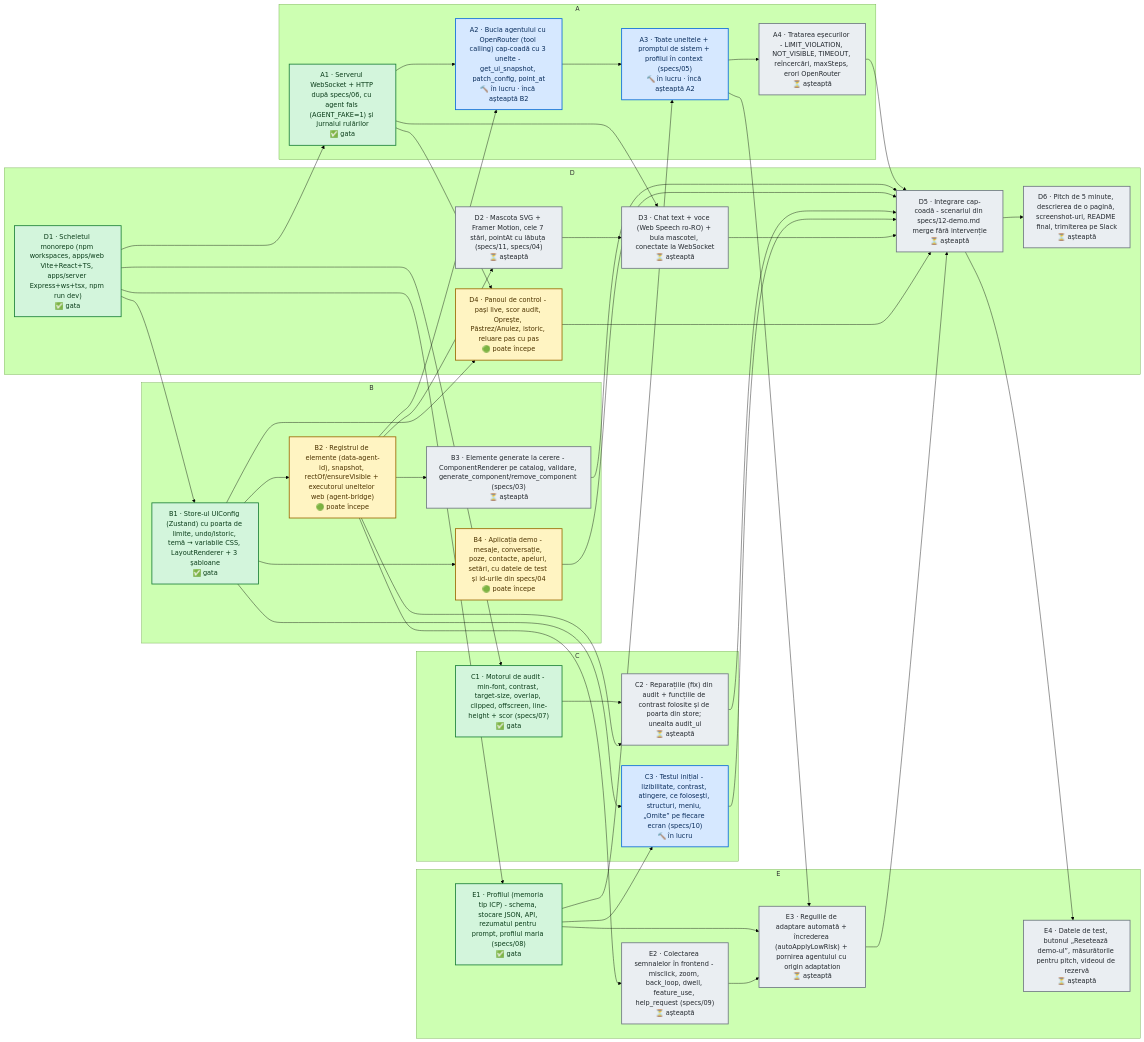
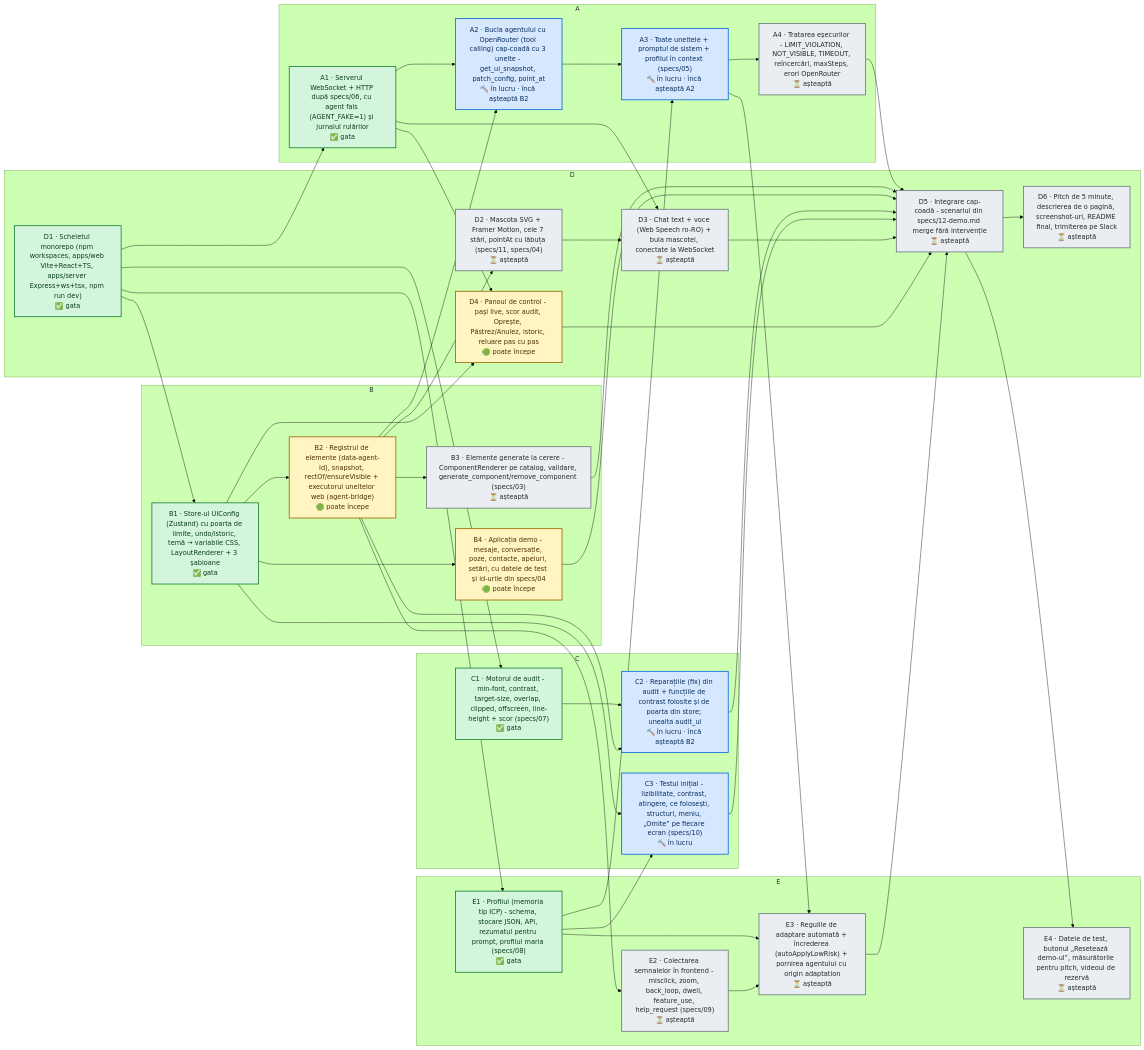
One commit to 06cezar/UiShapeshifter changed the diagram in DAG.md. Above: the diagram before and after it, drawn with Mermaid (forest theme). The commit also changed other lines of this file and 1 other file, not shown here.

Commit message:
dag: update [skip ci]

````diff
--- a/DAG.md
+++ b/DAG.md
@@ -8,78 +8,78 @@
 ```mermaid
 flowchart LR
   subgraph t_owner_A["A"]
     t_A1["A1 · Serverul WebSocket + HTTP după specs/06, cu agent fals (AGENT_FAKE=1) și jurnalul rulărilor<br/>✅ gata"]
     t_A2["A2 · Bucla agentului cu OpenRouter (tool calling) cap-coadă cu 3 unelte - get_ui_snapshot, patch_config, point_at<br/>🔨 în lucru · încă așteaptă B2"]
     t_A3["A3 · Toate uneltele + promptul de sistem + profilul în context (specs/05)<br/>🔨 în lucru · încă așteaptă A2"]
     t_A4["A4 · Tratarea eșecurilor - LIMIT_VIOLATION, NOT_VISIBLE, TIMEOUT, reîncercări, maxSteps, erori OpenRouter<br/>⏳ așteaptă"]
   end
   subgraph t_owner_B["B"]
     t_B1["B1 · Store-ul UIConfig (Zustand) cu poarta de limite, undo/istoric, temă → variabile CSS, LayoutRenderer + 3 șabloane<br/>✅ gata"]
     t_B2["B2 · Registrul de elemente (data-agent-id), snapshot, rectOf/ensureVisible + executorul uneltelor web (agent-bridge)<br/>🟢 poate începe"]
     t_B3["B3 · Elemente generate la cerere - ComponentRenderer pe catalog, validare, generate_component/remove_component (specs/03)<br/>⏳ așteaptă"]
     t_B4["B4 · Aplicația demo - mesaje, conversație, poze, contacte, apeluri, setări, cu datele de test și id-urile din specs/04<br/>🟢 poate începe"]
   end
   subgraph t_owner_C["C"]
     t_C1["C1 · Motorul de audit - min-font, contrast, target-size, overlap, clipped, offscreen, line-height + scor (specs/07)<br/>✅ gata"]
-    t_C2["C2 · Reparațiile (fix) din audit + funcțiile de contrast folosite și de poarta din store; unealta audit_ui<br/>⏳ așteaptă"]
+    t_C2["C2 · Reparațiile (fix) din audit + funcțiile de contrast folosite și de poarta din store; unealta audit_ui<br/>🔨 în lucru · încă așteaptă B2"]
     t_C3["C3 · Testul inițial - lizibilitate, contrast, atingere, ce folosești, structuri, meniu, „Omite” pe fiecare ecran (specs/10)<br/>🔨 în lucru"]
   end
   subgraph t_owner_D["D"]
     t_D1["D1 · Scheletul monorepo (npm workspaces, apps/web Vite+React+TS, apps/server Express+ws+tsx, npm run dev)<br/>✅ gata"]
     t_D2["D2 · Mascota SVG + Framer Motion, cele 7 stări, pointAt cu lăbuța (specs/11, specs/04)<br/>⏳ așteaptă"]
     t_D3["D3 · Chat text + voce (Web Speech ro-RO) + bula mascotei, conectate la WebSocket<br/>⏳ așteaptă"]
     t_D4["D4 · Panoul de control - pași live, scor audit, Oprește, Păstrez/Anulez, istoric, reluare pas cu pas<br/>🟢 poate începe"]
     t_D5["D5 · Integrare cap-coadă - scenariul din specs/12-demo.md merge fără intervenție<br/>⏳ așteaptă"]
     t_D6["D6 · Pitch de 5 minute, descrierea de o pagină, screenshot-uri, README final, trimiterea pe Slack<br/>⏳ așteaptă"]
   end
   subgraph t_owner_E["E"]
     t_E1["E1 · Profilul (memoria tip ICP) - schema, stocare JSON, API, rezumatul pentru prompt, profilul maria (specs/08)<br/>✅ gata"]
     t_E2["E2 · Colectarea semnalelor în frontend - misclick, zoom, back_loop, dwell, feature_use, help_request (specs/09)<br/>⏳ așteaptă"]
     t_E3["E3 · Regulile de adaptare automată + încrederea (autoApplyLowRisk) + pornirea agentului cu origin adaptation<br/>⏳ așteaptă"]
     t_E4["E4 · Datele de test, butonul „Resetează demo-ul”, măsurătorile pentru pitch, videoul de rezervă<br/>⏳ așteaptă"]
   end
   t_B2 --> t_D2
   t_A1 --> t_D3
   t_D2 --> t_D3
   t_A1 --> t_D4
   t_B1 --> t_D4
   t_A4 --> t_D5
   t_B3 --> t_D5
   t_B4 --> t_D5
   t_C2 --> t_D5
   t_C3 --> t_D5
   t_D3 --> t_D5
   t_D4 --> t_D5
   t_E3 --> t_D5
   t_D5 --> t_D6
   t_D1 --> t_A1
   t_A1 --> t_A2
   t_B2 --> t_A2
   t_A2 --> t_A3
   t_E1 --> t_A3
   t_A3 --> t_A4
   t_D1 --> t_B1
   t_B1 --> t_B2
   t_B2 --> t_B3
   t_B1 --> t_B4
   t_D1 --> t_C1
   t_C1 --> t_C2
   t_B2 --> t_C2
   t_B1 --> t_C3
   t_E1 --> t_C3
   t_D1 --> t_E1
   t_B2 --> t_E2
   t_E1 --> t_E3
   t_E2 --> t_E3
   t_A3 --> t_E3
   t_D5 --> t_E4
   classDef done fill:#d3f5dc,stroke:#1a7f37,color:#0b3d1a,stroke-width:2px
   classDef progress fill:#d6e8ff,stroke:#0969da,color:#0a2d5c,stroke-width:2px
   classDef ready fill:#fff4c2,stroke:#9a6700,color:#4d3300,stroke-width:2px
   classDef wait fill:#eaeef2,stroke:#6e7781,color:#24292f,stroke-width:2px
   classDef blocked fill:#ffd8d3,stroke:#cf222e,color:#5c0b10,stroke-width:2px
   class t_D1,t_A1,t_B1,t_C1,t_E1 done
-  class t_A2,t_A3,t_C3 progress
+  class t_A2,t_A3,t_C2,t_C3 progress
   class t_D4,t_B2,t_B4 ready
-  class t_D2,t_D3,t_D5,t_D6,t_A4,t_B3,t_C2,t_E2,t_E3,t_E4 wait
+  class t_D2,t_D3,t_D5,t_D6,t_A4,t_B3,t_E2,t_E3,t_E4 wait
 ```
````
